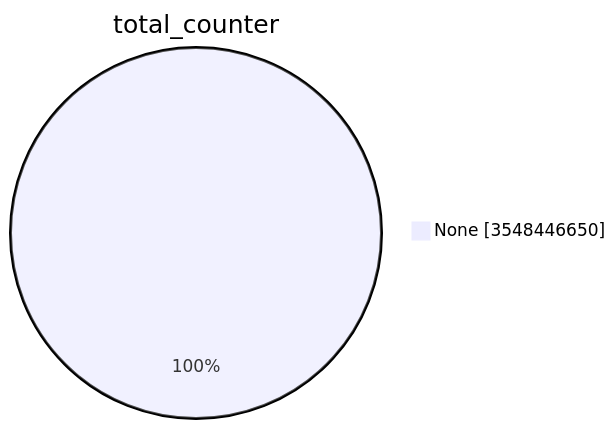
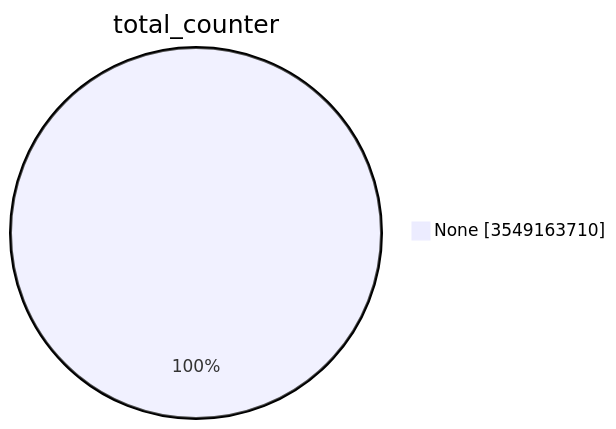
One commit to christiankrug/ctmonitor_visualization changed the first of 15 diagrams in TOTAL/README.md. Above: the diagram before and after it, drawn with Mermaid. The commit also changed other lines of this file, not shown here.

````diff
--- a/TOTAL/README.md
+++ b/TOTAL/README.md
@@ -1,5 +1,5 @@
 ```mermaid
 pie showData
 title total_counter
-"None" :3548446650
+"None" :3549163710
 ```
````
